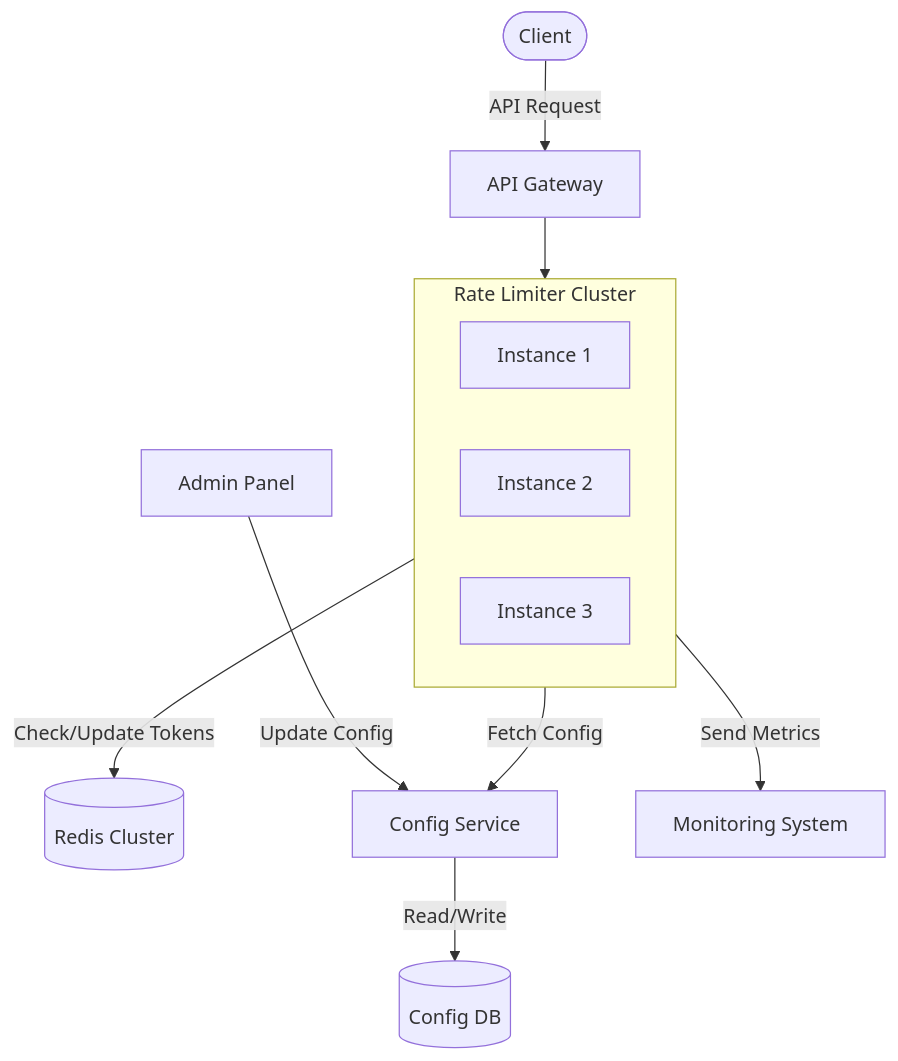
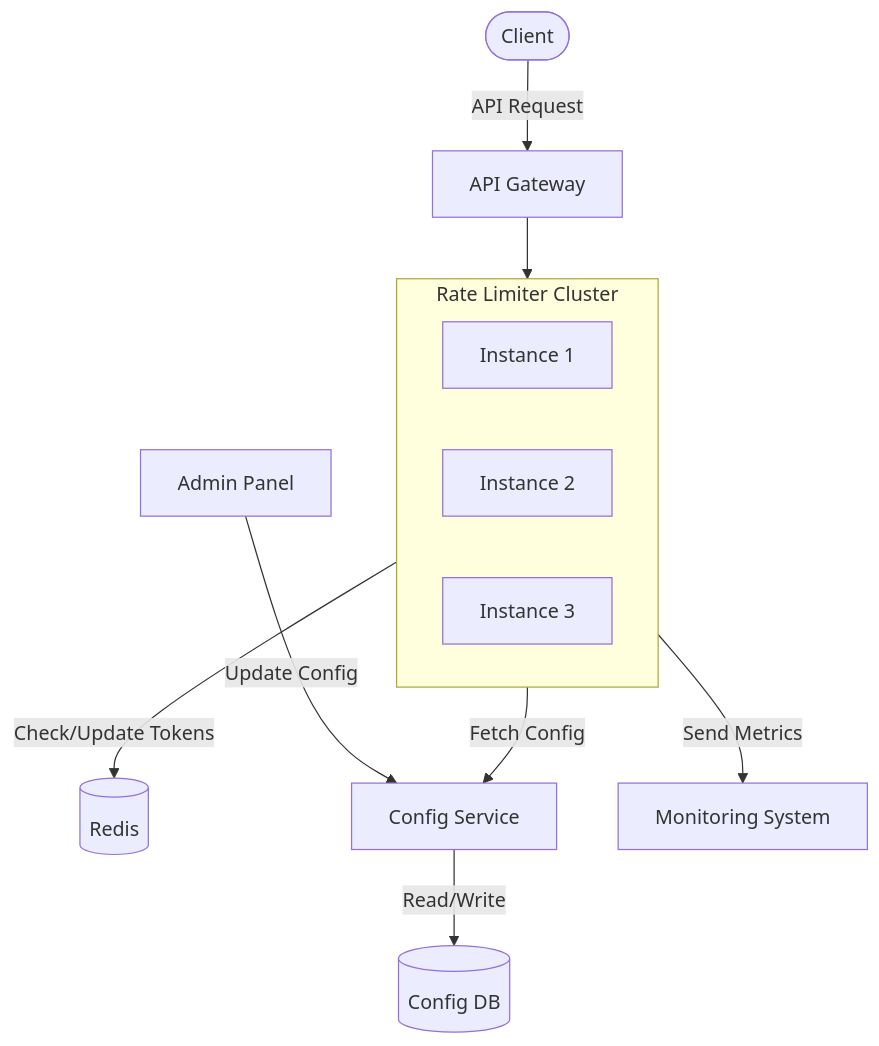
One commit to shivaiitp/Adaptive-Rate-Limiter changed the first of 5 diagrams in README.md. Above: the diagram before and after it, drawn with Mermaid. The commit also changed other lines of this file and 22 other files, not shown here.

````diff
--- a/README.md
+++ b/README.md
@@ -40,19 +40,19 @@
 ```mermaid
 graph TD
     Client(["Client"]) -->|API Request| API["API Gateway"]
 
     API --> RL_Cluster
 
     subgraph RL_Cluster["Rate Limiter Cluster"]
         I1["Instance 1"]
         I2["Instance 2"]
         I3["Instance 3"]
     end
 
-    RL_Cluster -->|Check/Update Tokens| Redis[("Redis Cluster")]
+    RL_Cluster -->|Check/Update Tokens| Redis[("Redis")]
     RL_Cluster -->|Fetch Config| Config["Config Service"]
     RL_Cluster -->|Send Metrics| Monitoring["Monitoring System"]
 
     Config -->|Read/Write| DB[("Config DB")]
     Admin["Admin Panel"] -->|Update Config| Config
 ```
````
